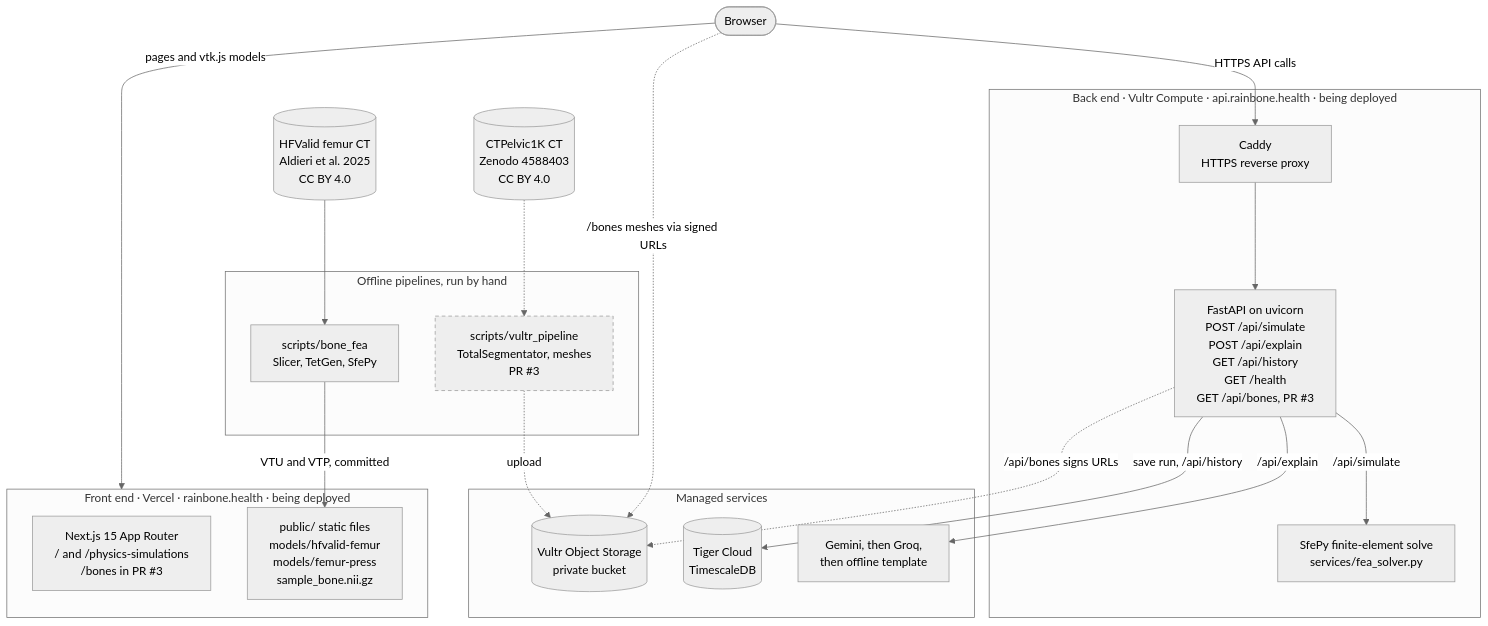
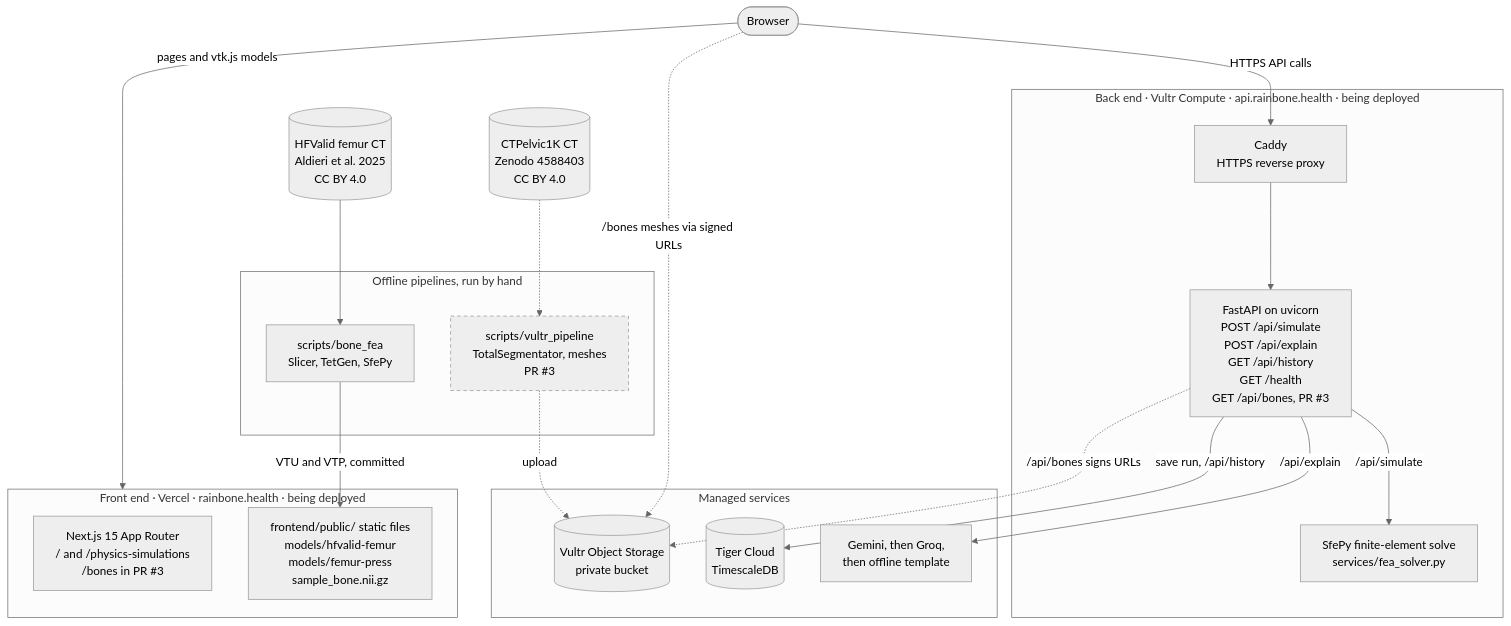
Before and after one commit to galitau/Rainbone_prod_hackthevalley11: the diagram in README.md, drawn with Mermaid (neutral theme). The commit also changed other lines of this file and 8 other files, not shown here.

````diff
--- a/README.md
+++ b/README.md
@@ -14,45 +14,45 @@
 ```mermaid
 flowchart TB
   user(["Browser"])
 
   subgraph VERCEL["Front end · Vercel · rainbone.health · being deployed"]
     next["Next.js 15 App Router<br/>/ and /physics-simulations<br/>/bones in PR #3"]
-    static["public/ static files<br/>models/hfvalid-femur<br/>models/femur-press<br/>sample_bone.nii.gz"]
+    static["frontend/public/ static files<br/>models/hfvalid-femur<br/>models/femur-press<br/>sample_bone.nii.gz"]
   end
 
   subgraph VULTR["Back end · Vultr Compute · api.rainbone.health · being deployed"]
     caddy["Caddy<br/>HTTPS reverse proxy"]
     api["FastAPI on uvicorn<br/>POST /api/simulate<br/>POST /api/explain<br/>GET /api/history<br/>GET /health<br/>GET /api/bones, PR #3"]
     fea["SfePy finite-element solve<br/>services/fea_solver.py"]
     caddy --> api
     api -->|"/api/simulate"| fea
   end
 
   subgraph CLOUD["Managed services"]
     llm["Gemini, then Groq,<br/>then offline template"]
     tiger[("Tiger Cloud<br/>TimescaleDB")]
     vos[("Vultr Object Storage<br/>private bucket")]
   end
 
   subgraph OFFLINE["Offline pipelines, run by hand"]
     bonefea["scripts/bone_fea<br/>Slicer, TetGen, SfePy"]
     vpipe["scripts/vultr_pipeline<br/>TotalSegmentator, meshes<br/>PR #3"]
   end
 
   hfvalid[("HFValid femur CT<br/>Aldieri et al. 2025<br/>CC BY 4.0")]
   ctp[("CTPelvic1K CT<br/>Zenodo 4588403<br/>CC BY 4.0")]
 
   user -->|"pages and vtk.js models"| VERCEL
   user -->|"HTTPS API calls"| caddy
   user -.->|"/bones meshes via signed URLs"| vos
   api -->|"/api/explain"| llm
   api -->|"save run, /api/history"| tiger
   api -.->|"/api/bones signs URLs"| vos
   hfvalid --> bonefea
   bonefea -->|"VTU and VTP, committed"| static
   ctp -.-> vpipe
   vpipe -.->|"upload"| vos
 
   classDef pr stroke-dasharray: 5 4
   class vpipe pr
 ```
````
